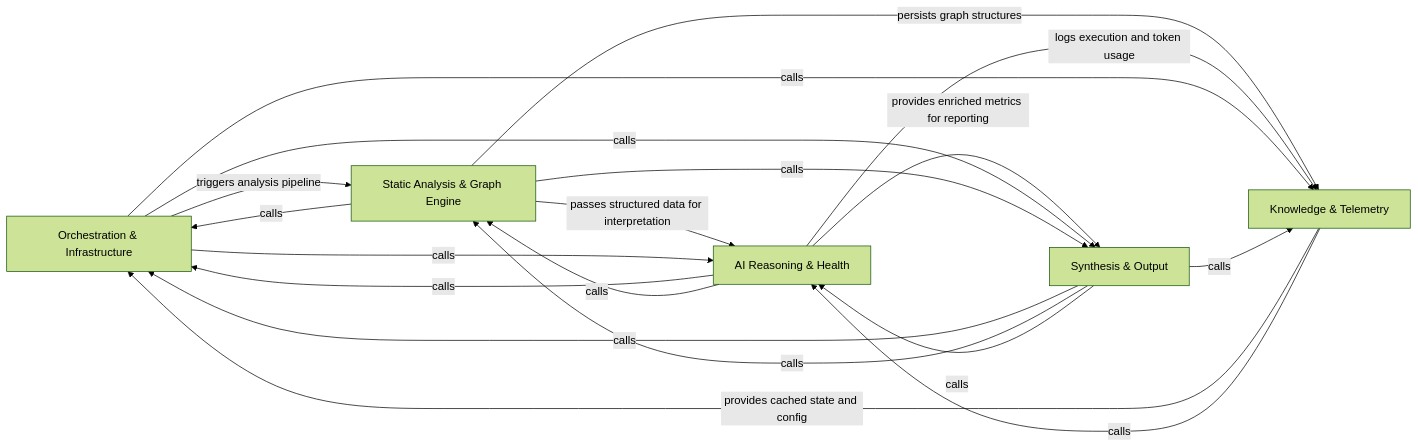
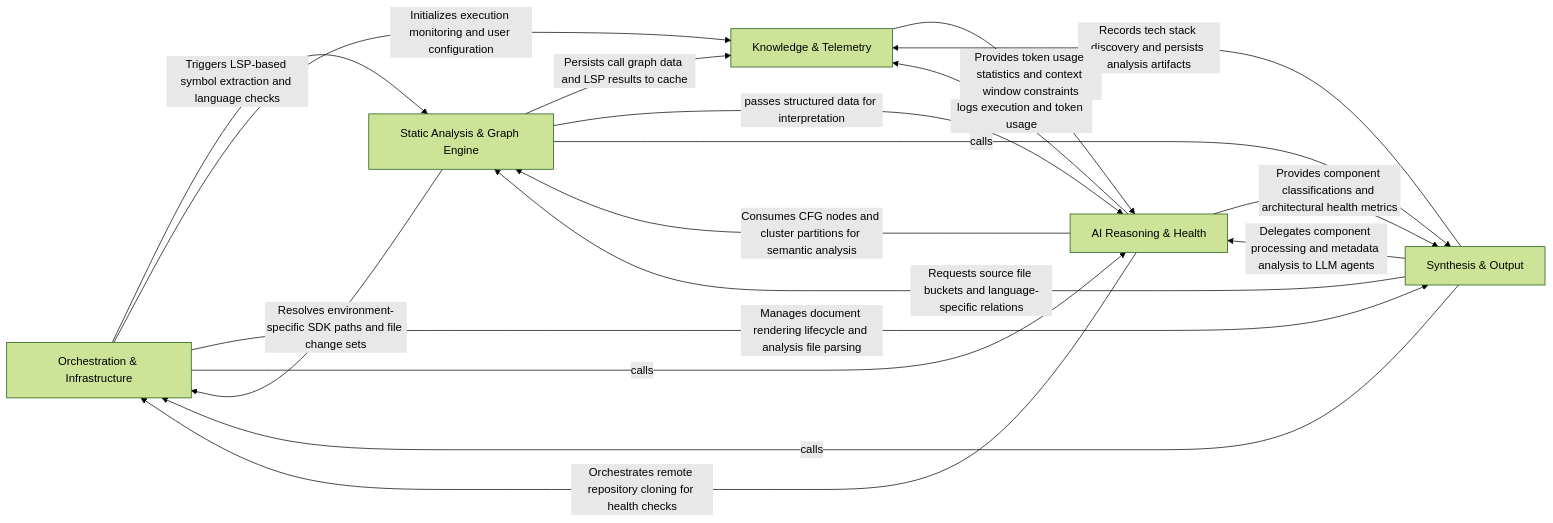
Before and after one commit to CodeBoarding/CodeBoarding: the diagram in .codeboarding/overview.md, drawn with Mermaid (forest theme). The commit also changed other lines of this file and 7 other files, not shown here.

Commit message:
chore(codeboarding): sync architecture baseline

````diff
--- a/.codeboarding/overview.md
+++ b/.codeboarding/overview.md
@@ -1,31 +1,30 @@
 ```mermaid
 graph LR
     Orchestration_Infrastructure["Orchestration & Infrastructure"]
     Static_Analysis_Graph_Engine["Static Analysis & Graph Engine"]
     AI_Reasoning_Health["AI Reasoning & Health"]
     Synthesis_Output["Synthesis & Output"]
     Knowledge_Telemetry["Knowledge & Telemetry"]
-    Orchestration_Infrastructure -- "triggers analysis pipeline" --> Static_Analysis_Graph_Engine
+    Orchestration_Infrastructure -- "Triggers LSP-based symbol extraction and language checks" --> Static_Analysis_Graph_Engine
+    Orchestration_Infrastructure -- "Initializes execution monitoring and user configuration" --> Knowledge_Telemetry
+    Static_Analysis_Graph_Engine -- "Resolves environment-specific SDK paths and file change sets" --> Orchestration_Infrastructure
+    Static_Analysis_Graph_Engine -- "Persists call graph data and LSP results to cache" --> Knowledge_Telemetry
+    AI_Reasoning_Health -- "Consumes CFG nodes and cluster partitions for semantic analysis" --> Static_Analysis_Graph_Engine
+    AI_Reasoning_Health -- "Provides component classifications and architectural health metrics" --> Synthesis_Output
+    AI_Reasoning_Health -- "Orchestrates remote repository cloning for health checks" --> Orchestration_Infrastructure
+    Synthesis_Output -- "Delegates component processing and metadata analysis to LLM agents" --> AI_Reasoning_Health
+    Synthesis_Output -- "Requests source file buckets and language-specific relations" --> Static_Analysis_Graph_Engine
+    Synthesis_Output -- "Records tech stack discovery and persists analysis artifacts" --> Knowledge_Telemetry
+    Knowledge_Telemetry -- "Provides token usage statistics and context window constraints" --> AI_Reasoning_Health
+    Orchestration_Infrastructure -- "Manages document rendering lifecycle and analysis file parsing" --> Synthesis_Output
     Static_Analysis_Graph_Engine -- "passes structured data for interpretation" --> AI_Reasoning_Health
-    AI_Reasoning_Health -- "provides enriched metrics for reporting" --> Synthesis_Output
-    Knowledge_Telemetry -- "provides cached state and config" --> Orchestration_Infrastructure
-    Static_Analysis_Graph_Engine -- "persists graph structures" --> Knowledge_Telemetry
     AI_Reasoning_Health -- "logs execution and token usage" --> Knowledge_Telemetry
     Orchestration_Infrastructure -- "calls" --> AI_Reasoning_Health
-    Orchestration_Infrastructure -- "calls" --> Synthesis_Output
-    Orchestration_Infrastructure -- "calls" --> Knowledge_Telemetry
-    Static_Analysis_Graph_Engine -- "calls" --> Orchestration_Infrastructure
     Static_Analysis_Graph_Engine -- "calls" --> Synthesis_Output
-    AI_Reasoning_Health -- "calls" --> Orchestration_Infrastructure
-    AI_Reasoning_Health -- "calls" --> Static_Analysis_Graph_Engine
     Synthesis_Output -- "calls" --> Orchestration_Infrastructure
-    Synthesis_Output -- "calls" --> Static_Analysis_Graph_Engine
-    Synthesis_Output -- "calls" --> AI_Reasoning_Health
-    Synthesis_Output -- "calls" --> Knowledge_Telemetry
-    Knowledge_Telemetry -- "calls" --> AI_Reasoning_Health
     click Orchestration_Infrastructure href "https://github.com/CodeBoarding/CodeBoarding/blob/main/.codeboarding/Orchestration_Infrastructure.md" "Details"
     click Static_Analysis_Graph_Engine href "https://github.com/CodeBoarding/CodeBoarding/blob/main/.codeboarding/Static_Analysis_Graph_Engine.md" "Details"
     click AI_Reasoning_Health href "https://github.com/CodeBoarding/CodeBoarding/blob/main/.codeboarding/AI_Reasoning_Health.md" "Details"
     click Synthesis_Output href "https://github.com/CodeBoarding/CodeBoarding/blob/main/.codeboarding/Synthesis_Output.md" "Details"
     click Knowledge_Telemetry href "https://github.com/CodeBoarding/CodeBoarding/blob/main/.codeboarding/Knowledge_Telemetry.md" "Details"
 ```
````
